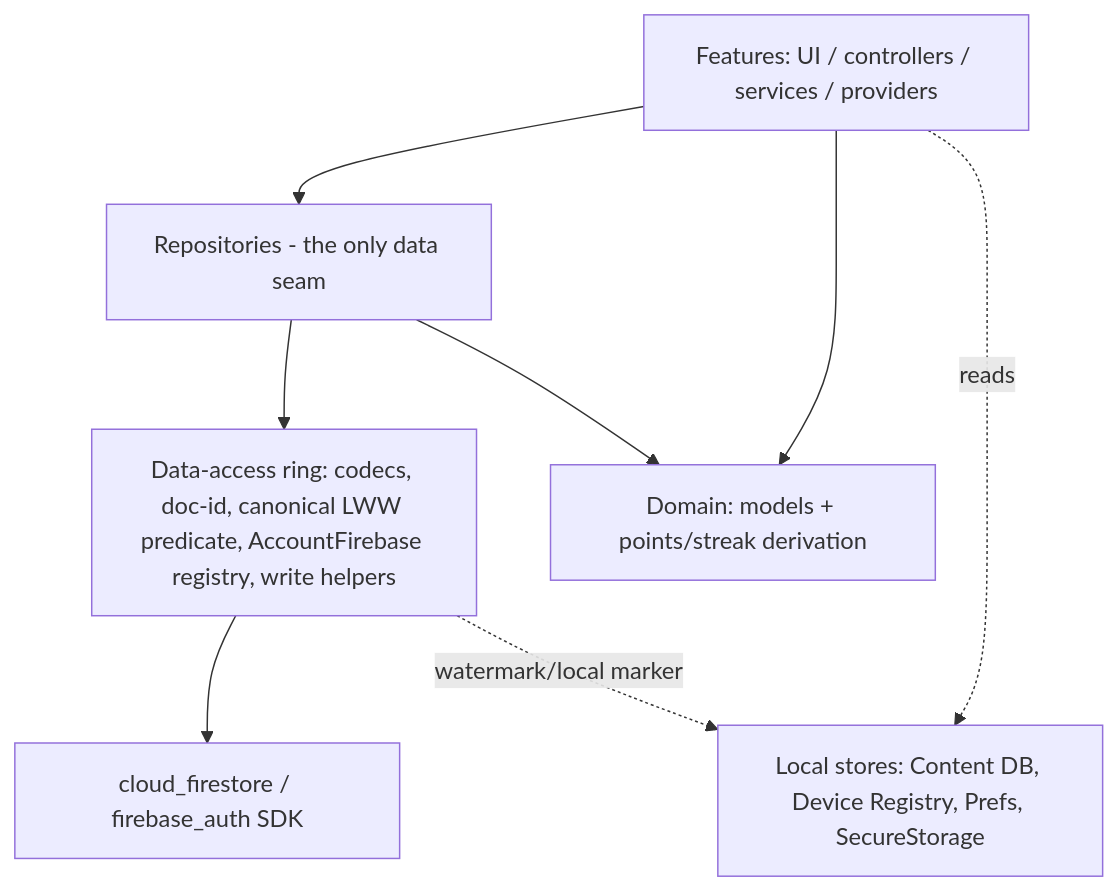
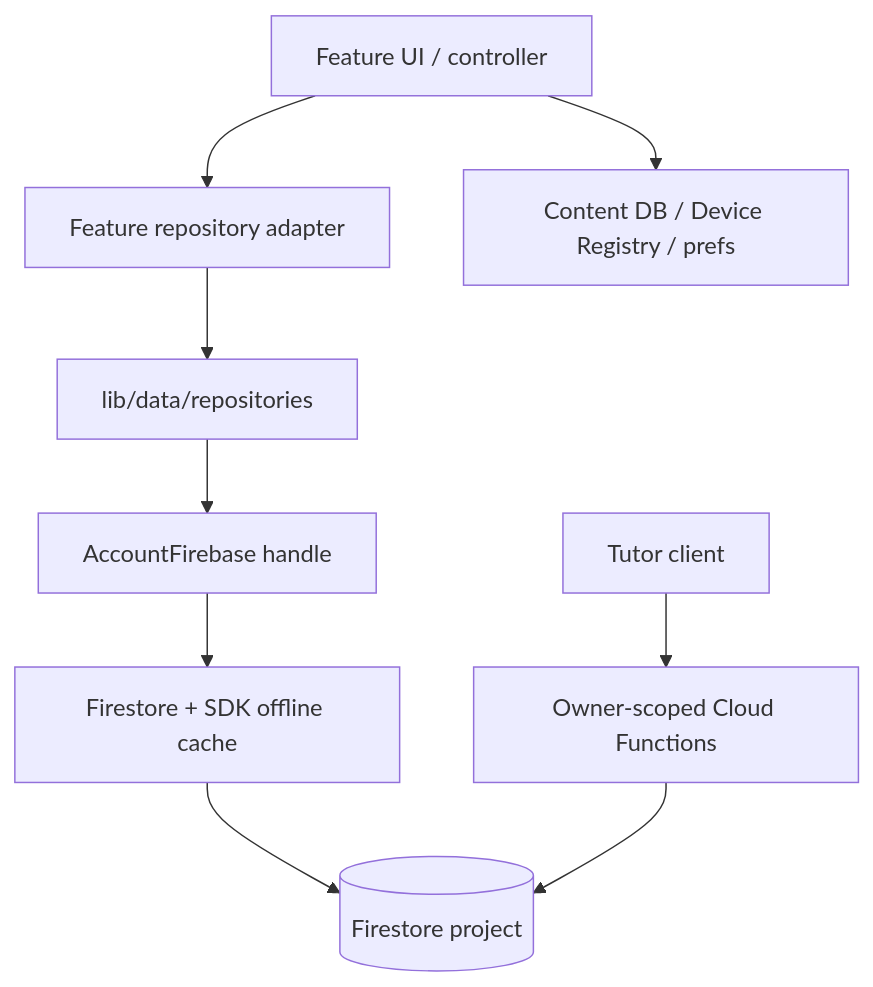
One commit to dniasoff/learning-tracker changed the diagram in docs/planning/architecture/architecture-learning-tracker-2026-07-30/ARCHITECTURE-SPINE.md. Above: the diagram before and after it, drawn with Mermaid. The commit also changed other lines of this file and 531 other files, not shown here.

First line of the commit message:
docs(architecture): rewrite the spine as current-state, not a migration plan

````diff
--- a/docs/planning/architecture/architecture-learning-tracker-2026-07-30/ARCHITECTURE-SPINE.md
+++ b/docs/planning/architecture/architecture-learning-tracker-2026-07-30/ARCHITECTURE-SPINE.md
@@ -166,16 +459,11 @@
 ```mermaid
-graph TD
-  F[Features: UI / controllers / services / providers]
-  R[Repositories - the only data seam]
-  D[Domain: models + points/streak derivation]
-  A[Data-access ring: codecs, doc-id, canonical LWW predicate, AccountFirebase registry, write helpers]
-  S[cloud_firestore / firebase_auth SDK]
-  L[Local stores: Content DB, Device Registry, Prefs, SecureStorage]
-  F --> R
-  F --> D
-  R --> A
-  R --> D
-  A --> S
-  F -.reads.-> L
-  A -.watermark/local marker.-> L
+flowchart TD
+  UI[Feature UI / controller] --> A[Feature repository adapter]
+  A --> R[lib/data/repositories]
+  R --> H[AccountFirebase handle]
+  H --> F[Firestore + SDK offline cache]
+  F --> C[(Firestore project)]
+  UI --> L[Content DB / Device Registry / prefs]
+  T[Tutor client] --> CF[Owner-scoped Cloud Functions]
+  CF --> C
 ```
````
